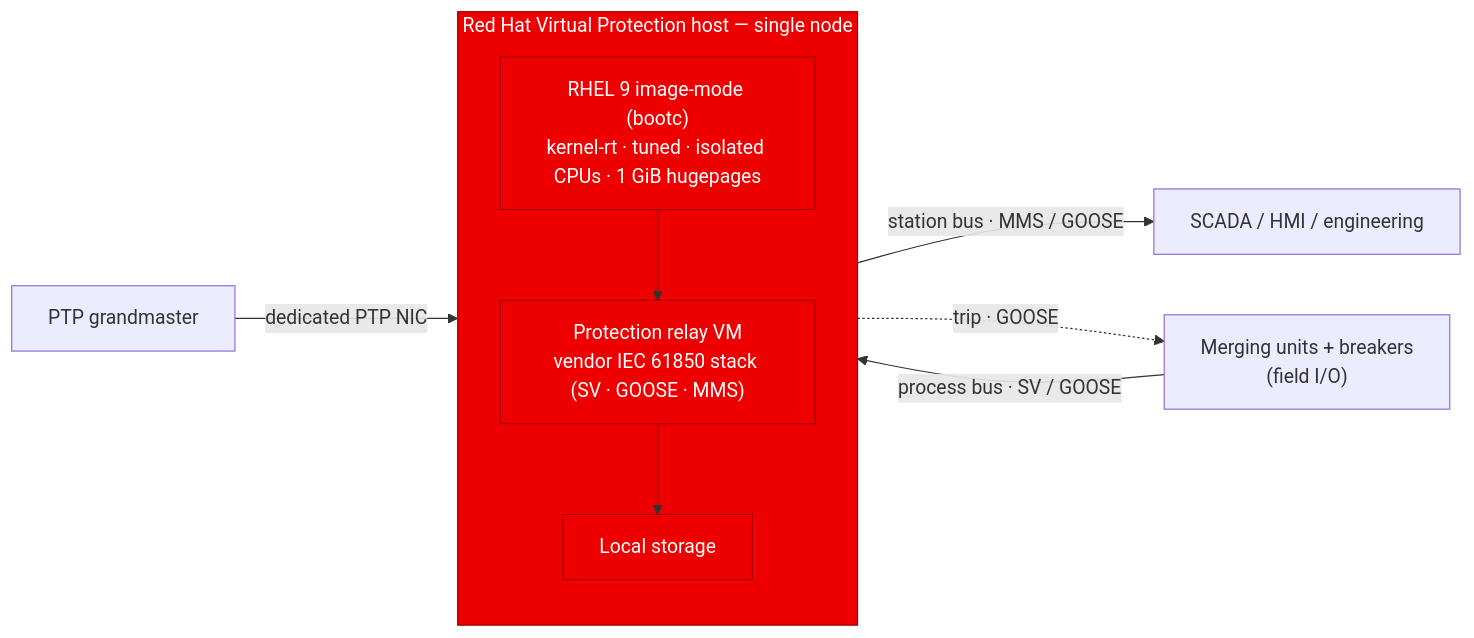
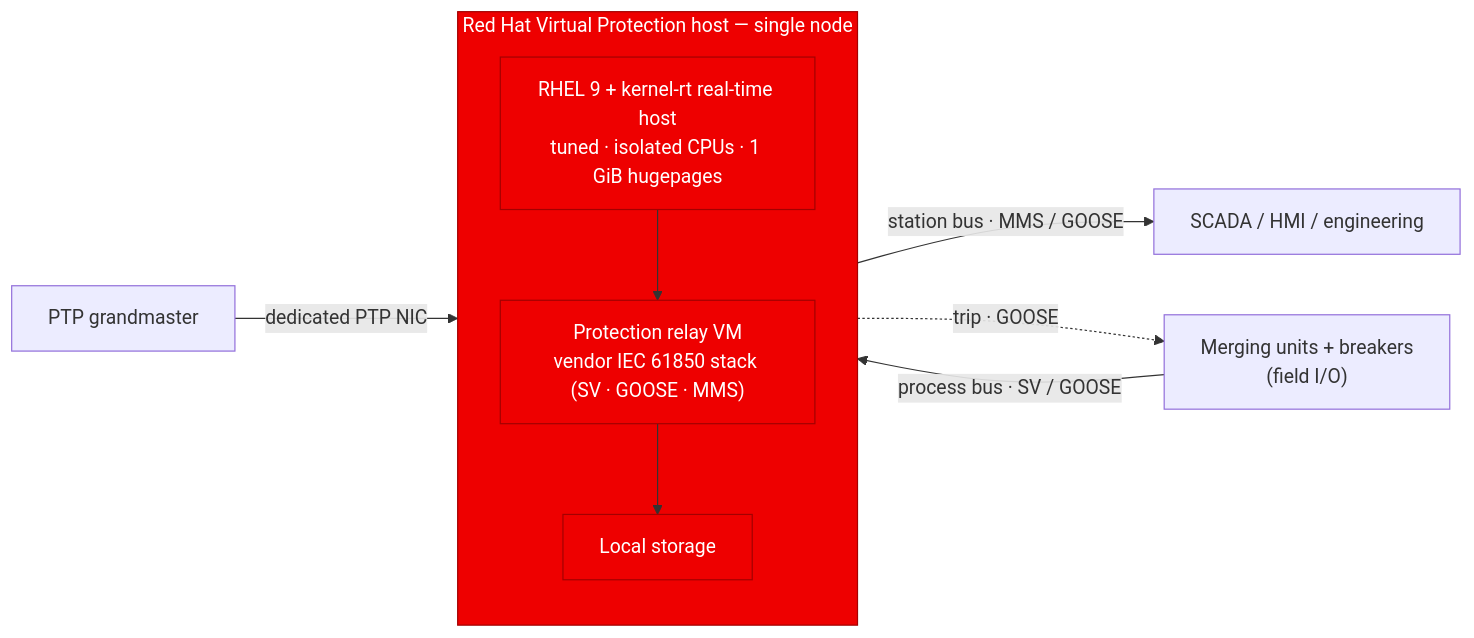
Before and after one commit to RedHatEdge/virtual-protection: the first of 2 diagrams in REFERENCE-ARCHITECTURE.md, drawn with Mermaid. The commit also changed other lines of this file, not shown here.

First line of the commit message:
docs: keep image-mode out of the high-level host description

````diff
--- a/REFERENCE-ARCHITECTURE.md
+++ b/REFERENCE-ARCHITECTURE.md
@@ -21,22 +20,22 @@
 ```mermaid
 flowchart LR
     MU["Merging units + breakers<br/>(field I/O)"]
     OPS["SCADA / HMI / engineering"]
     GM["PTP grandmaster"]
 
     subgraph NODE["Red Hat Virtual Protection host — single node"]
         direction TB
-        RT["RHEL 9 image-mode (bootc)<br/>kernel-rt · tuned · isolated CPUs · 1 GiB hugepages"]
+        RT["RHEL 9 + kernel-rt real-time host<br/>tuned · isolated CPUs · 1 GiB hugepages"]
         RELAY["Protection relay VM<br/>vendor IEC 61850 stack (SV · GOOSE · MMS)"]
         DISK["Local storage"]
         RT --> RELAY --> DISK
     end
 
     MU -- "process bus · SV / GOOSE" --> RELAY
     RELAY -- "station bus · MMS / GOOSE" --> OPS
     GM -- "dedicated PTP NIC" --> RT
     RELAY -. "trip · GOOSE" .-> MU
 
     classDef rh fill:#ee0000,stroke:#a30000,color:#fff;
     class NODE,RT,RELAY,DISK rh;
 ```
````
